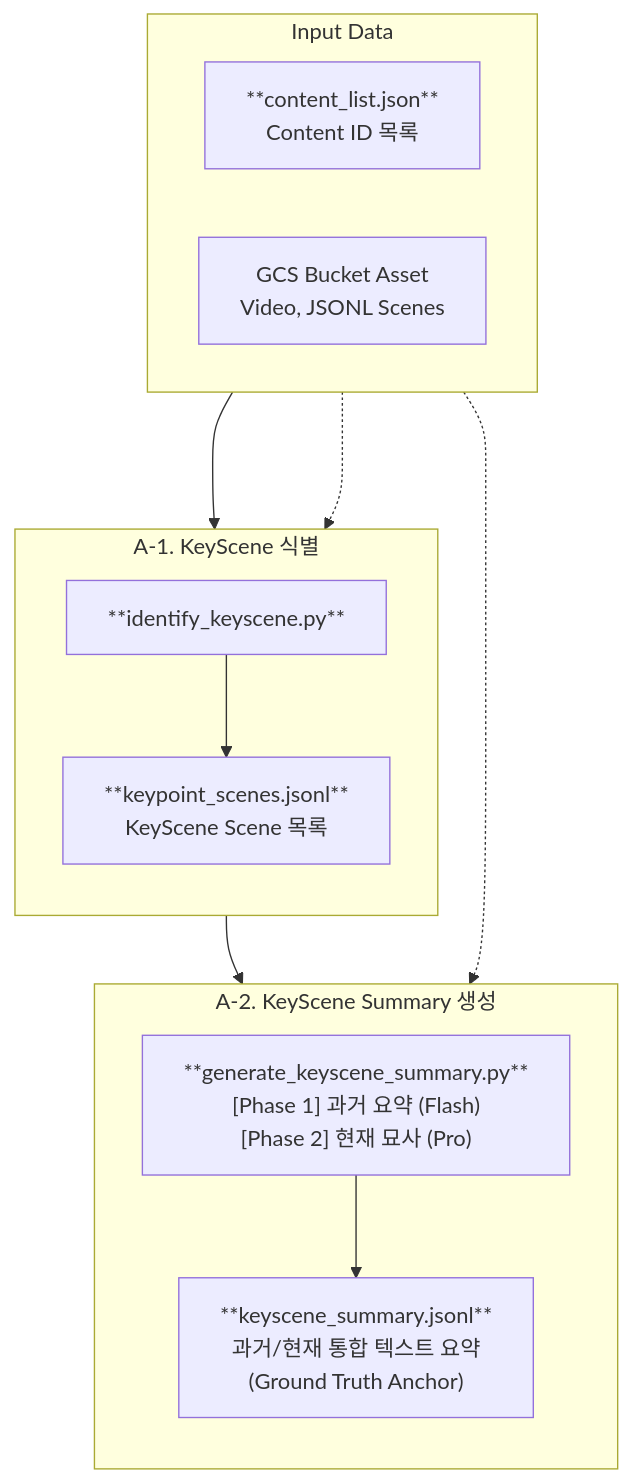
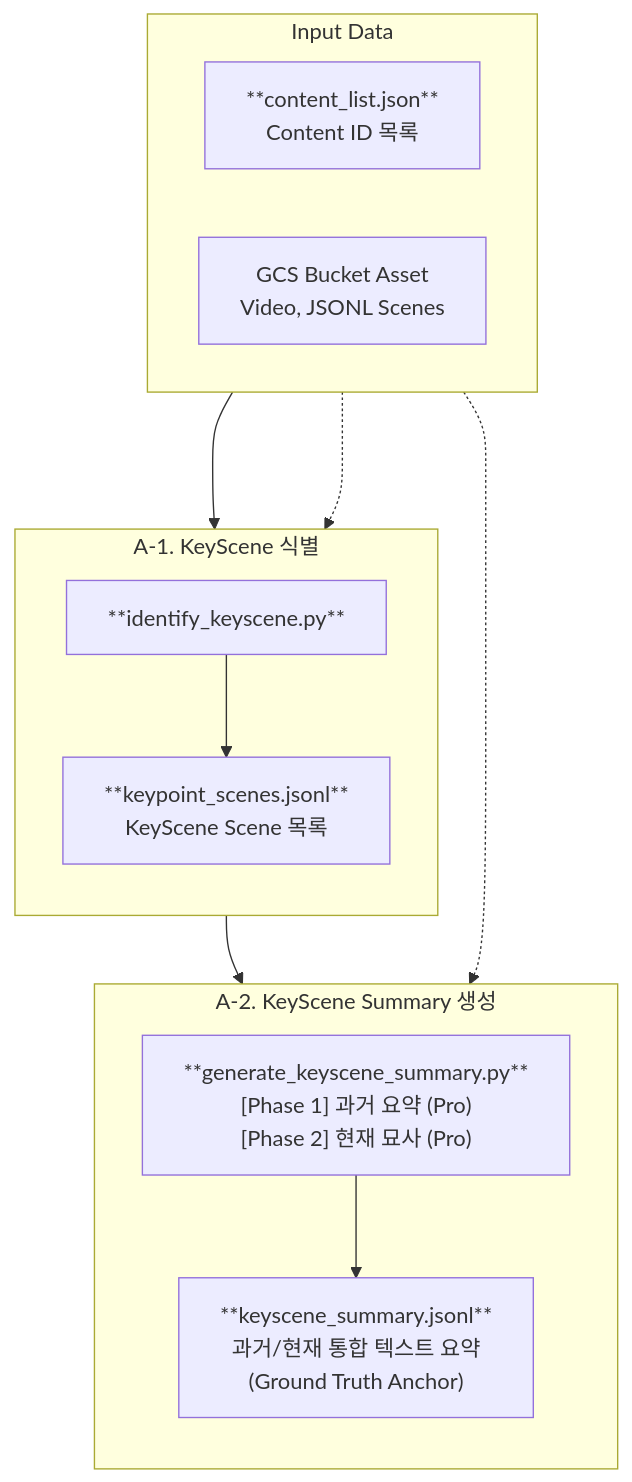
One commit to obeychoi0120/LLMJudge changed the first of 3 diagrams in README.md. Above: the diagram before and after it, drawn with Mermaid. The commit also changed other lines of this file, not shown here.

````diff
--- a/README.md
+++ b/README.md
@@ -92,28 +85,28 @@
 ```mermaid
 flowchart TD
     subgraph INPUT["Input Data"]
         direction LR
         CL["**content_list.json**<br/>Content ID 목록"]
         GCS["GCS Bucket Asset<br/>Video, JSONL Scenes"]
     end
 
     subgraph STEP1["A-1. KeyScene 식별"]
         direction TB
         KP_SCRIPT["**identify_keyscene.py**"]
         KP_OUT["**keypoint_scenes.jsonl**<br/>KeyScene Scene 목록"]
     end
 
     subgraph STEP2["A-2. KeyScene Summary 생성"]
         direction TB
-        KS_SCRIPT["**generate_keyscene_summary.py**<br/>[Phase 1] 과거 요약 (Flash)<br/>[Phase 2] 현재 묘사 (Pro)"]
+        KS_SCRIPT["**generate_keyscene_summary.py**<br/>[Phase 1] 과거 요약 (Pro)<br/>[Phase 2] 현재 묘사 (Pro)"]
         KS_OUT["**keyscene_summary.jsonl**<br/>과거/현재 통합 텍스트 요약<br/>(Ground Truth Anchor)"]
     end
 
     CL --> KP_SCRIPT
     GCS -..-> KP_SCRIPT
     KP_SCRIPT --> KP_OUT
 
     KP_OUT --> KS_SCRIPT
     GCS -..-> KS_SCRIPT
     KS_SCRIPT --> KS_OUT
 ```
````
